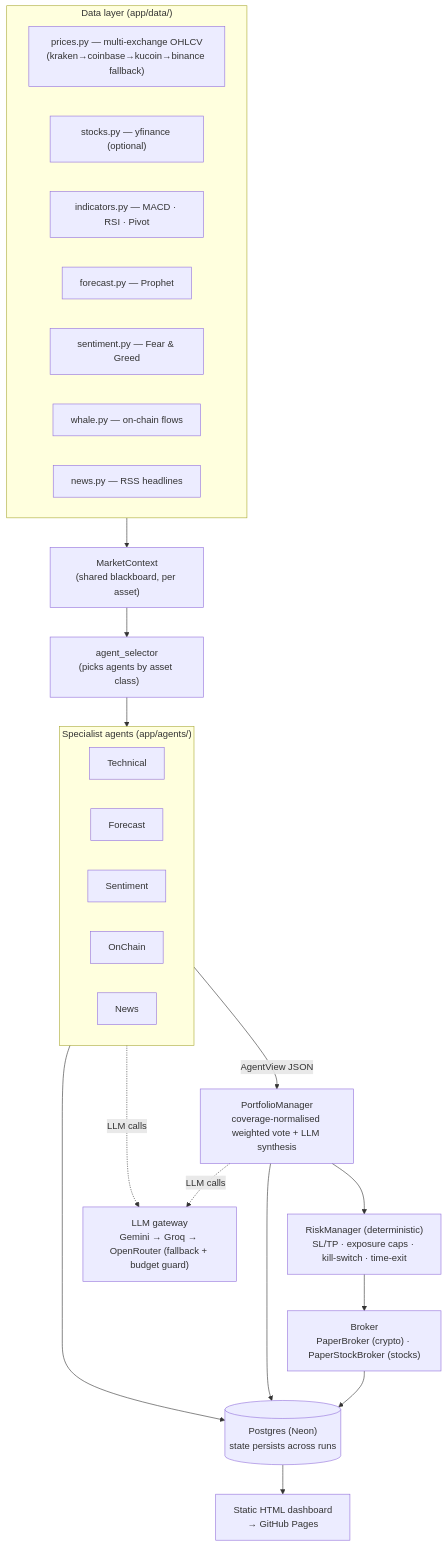
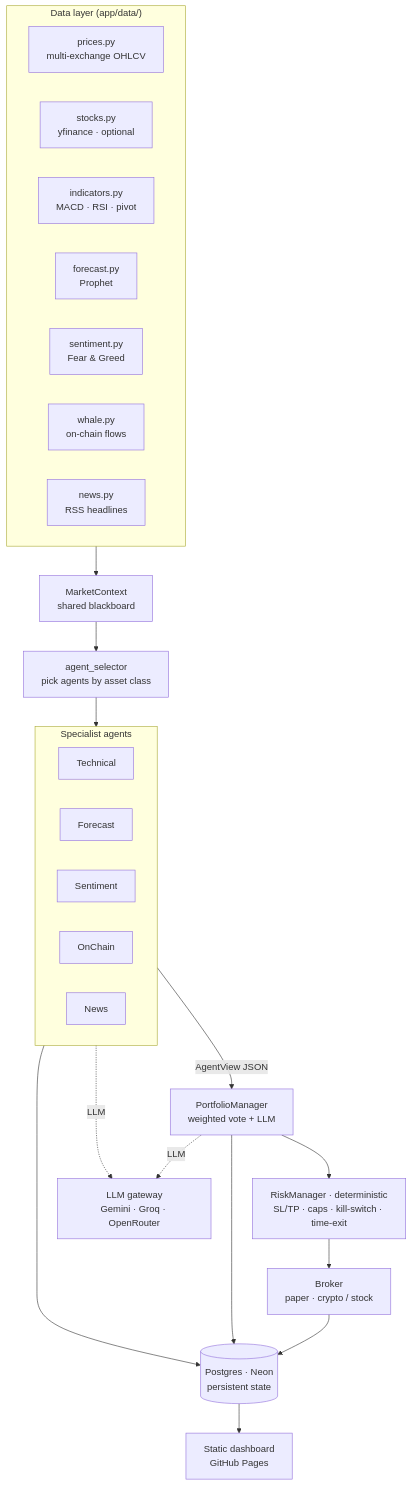
Before and after one commit to mazzocco51/trading-ai-multiagent: the diagram in README.md, drawn with Mermaid.

Commit message:
docs: minor README changes

````diff
--- a/README.md
+++ b/README.md
@@ -54,40 +54,41 @@
 ```mermaid
 flowchart TD
     subgraph DATA["Data layer (app/data/)"]
-        P["prices.py — multi-exchange OHLCV\n(kraken→coinbase→kucoin→binance fallback)"]
-        SK["stocks.py — yfinance (optional)"]
-        I["indicators.py — MACD · RSI · Pivot"]
-        F["forecast.py — Prophet"]
-        S["sentiment.py — Fear & Greed"]
-        W["whale.py — on-chain flows"]
-        N["news.py — RSS headlines"]
+        direction LR
+        P["prices.py<br/>multi-exchange OHLCV"]
+        SK["stocks.py<br/>yfinance · optional"]
+        I["indicators.py<br/>MACD · RSI · pivot"]
+        F["forecast.py<br/>Prophet"]
+        S["sentiment.py<br/>Fear & Greed"]
+        W["whale.py<br/>on-chain flows"]
+        N["news.py<br/>RSS headlines"]
     end
 
-    CTX["MarketContext\n(shared blackboard, per asset)"]
-    SEL["agent_selector\n(picks agents by asset class)"]
+    CTX["MarketContext<br/>shared blackboard"]
+    SEL["agent_selector<br/>pick agents by asset class"]
 
-    subgraph AGENTS["Specialist agents (app/agents/)"]
+    subgraph AGENTS["Specialist agents"]
+        direction LR
         TA[Technical]
         FA[Forecast]
         SA[Sentiment]
         OA[OnChain]
         NA[News]
     end
 
-    PM["PortfolioManager\ncoverage-normalised weighted vote + LLM synthesis"]
-    RM["RiskManager (deterministic)\nSL/TP · exposure caps · kill-switch · time-exit"]
-    BR["Broker\nPaperBroker (crypto) · PaperStockBroker (stocks)"]
-    DB[("Postgres (Neon)\nstate persists across runs")]
-    DASH["Static HTML dashboard\n→ GitHub Pages"]
-
-    LLM["LLM gateway\nGemini → Groq → OpenRouter (fallback + budget guard)"]
+    PM["PortfolioManager<br/>weighted vote + LLM"]
+    RM["RiskManager · deterministic<br/>SL/TP · caps · kill-switch · time-exit"]
+    BR["Broker<br/>paper · crypto / stock"]
+    DB[("Postgres · Neon<br/>persistent state")]
+    DASH["Static dashboard<br/>GitHub Pages"]
+    LLM["LLM gateway<br/>Gemini · Groq · OpenRouter"]
 
     DATA --> CTX --> SEL --> AGENTS
     AGENTS -->|AgentView JSON| PM --> RM --> BR
-    AGENTS -. LLM calls .-> LLM
-    PM -. LLM calls .-> LLM
+    AGENTS -. LLM .-> LLM
+    PM -. LLM .-> LLM
     BR --> DB
     PM --> DB
     AGENTS --> DB
     DB --> DASH
 ```
````
